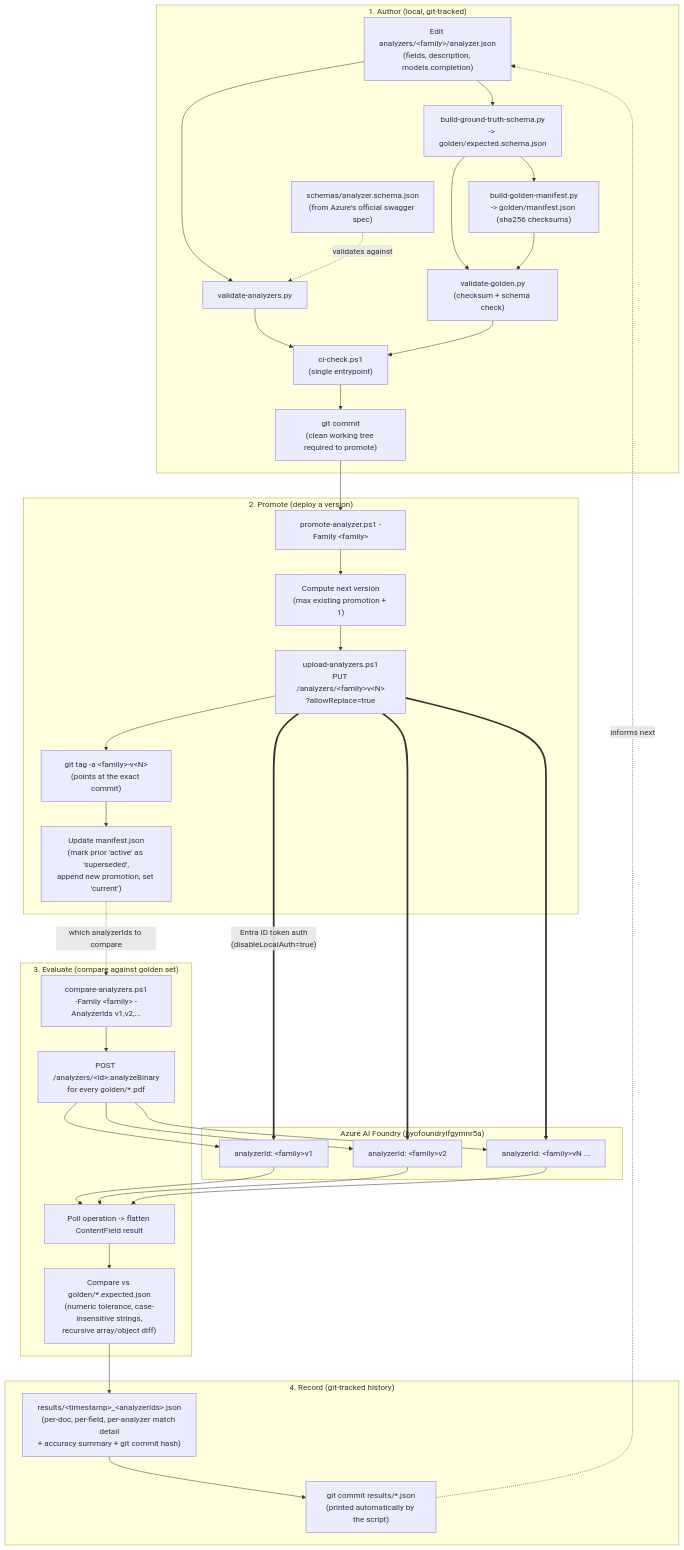
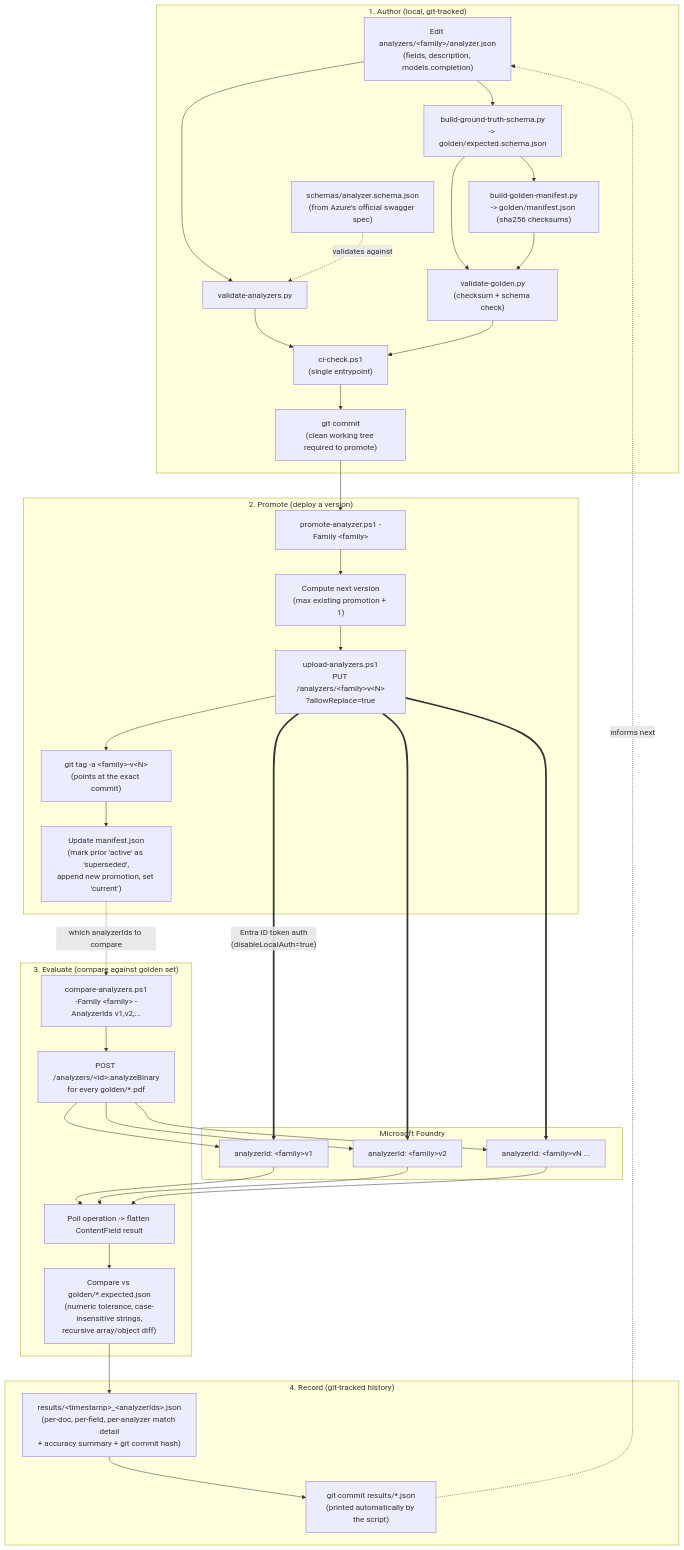
Before and after one commit to georgeollis/content-understanding-mlops: the diagram in docs/mlops-pipeline.md, drawn with Mermaid. The commit also changed other lines of this file and 6 other files, not shown here.

First line of the commit message:
docs: remove specific Azure resource names, use Microsoft Foundry terminology

````diff
--- a/docs/mlops-pipeline.md
+++ b/docs/mlops-pipeline.md
@@ -45,68 +45,68 @@
 ```mermaid
 graph TB
     subgraph AUTHOR["1. Author (local, git-tracked)"]
         EDIT["Edit analyzers/&lt;family&gt;/analyzer.json<br/>(fields, description, models.completion)"]
         SCHEMA["schemas/analyzer.schema.json<br/>(from Azure's official swagger spec)"]
         VALA["validate-analyzers.py"]
         GTSCHEMA["build-ground-truth-schema.py<br/>-&gt; golden/expected.schema.json"]
         GOLDMAN["build-golden-manifest.py<br/>-&gt; golden/manifest.json (sha256 checksums)"]
         VALG["validate-golden.py<br/>(checksum + schema check)"]
         CI["ci-check.ps1<br/>(single entrypoint)"]
         COMMIT["git commit<br/>(clean working tree required to promote)"]
 
         EDIT --> VALA
         SCHEMA -.->|"validates against"| VALA
         EDIT --> GTSCHEMA --> VALG
         GTSCHEMA --> GOLDMAN --> VALG
         VALA --> CI
         VALG --> CI
         CI --> COMMIT
     end
 
     subgraph PROMOTE["2. Promote (deploy a version)"]
         PROMOTESCRIPT["promote-analyzer.ps1 -Family &lt;family&gt;"]
         NEXTVER["Compute next version<br/>(max existing promotion + 1)"]
         UPLOAD["upload-analyzers.ps1<br/>PUT /analyzers/&lt;family&gt;v&lt;N&gt;<br/>?allowReplace=true"]
         TAG["git tag -a &lt;family&gt;-v&lt;N&gt;<br/>(points at the exact commit)"]
         MANIFEST["Update manifest.json<br/>(mark prior 'active' as 'superseded',<br/>append new promotion, set 'current')"]
 
         COMMIT --> PROMOTESCRIPT
         PROMOTESCRIPT --> NEXTVER --> UPLOAD --> TAG --> MANIFEST
     end
 
-    subgraph AZURE["Azure AI Foundry (byofoundrylfgymnr5a)"]
+    subgraph AZURE["Microsoft Foundry"]
         ANALYZERV1["analyzerId: &lt;family&gt;v1"]
         ANALYZERV2["analyzerId: &lt;family&gt;v2"]
         ANALYZERVN["analyzerId: &lt;family&gt;vN ..."]
     end
 
     UPLOAD ==>|"Entra ID token auth<br/>(disableLocalAuth=true)"| ANALYZERV1
     UPLOAD ==> ANALYZERV2
     UPLOAD ==> ANALYZERVN
 
     subgraph EVALUATE["3. Evaluate (compare against golden set)"]
         COMPARESCRIPT["compare-analyzers.ps1<br/>-Family &lt;family&gt; -AnalyzerIds v1,v2,..."]
         ANALYZEBIN["POST /analyzers/&lt;id&gt;:analyzeBinary<br/>for every golden/*.pdf"]
         POLL["Poll operation -&gt; flatten ContentField result"]
         SCORE["Compare vs golden/*.expected.json<br/>(numeric tolerance, case-insensitive strings,<br/>recursive array/object diff)"]
 
         MANIFEST -.->|"which analyzerIds to compare"| COMPARESCRIPT
         COMPARESCRIPT --> ANALYZEBIN
         ANALYZEBIN --> ANALYZERV1
         ANALYZEBIN --> ANALYZERV2
         ANALYZEBIN --> ANALYZERVN
         ANALYZERV1 --> POLL
         ANALYZERV2 --> POLL
         ANALYZERVN --> POLL
         POLL --> SCORE
     end
 
     subgraph RECORD["4. Record (git-tracked history)"]
         REPORT["results/&lt;timestamp&gt;_&lt;analyzerIds&gt;.json<br/>(per-doc, per-field, per-analyzer match detail<br/>+ accuracy summary + git commit hash)"]
         COMMIT2["git commit results/*.json<br/>(printed automatically by the script)"]
 
         SCORE --> REPORT --> COMMIT2
     end
 
     COMMIT2 -.->|"informs next"| EDIT
 ```
````
